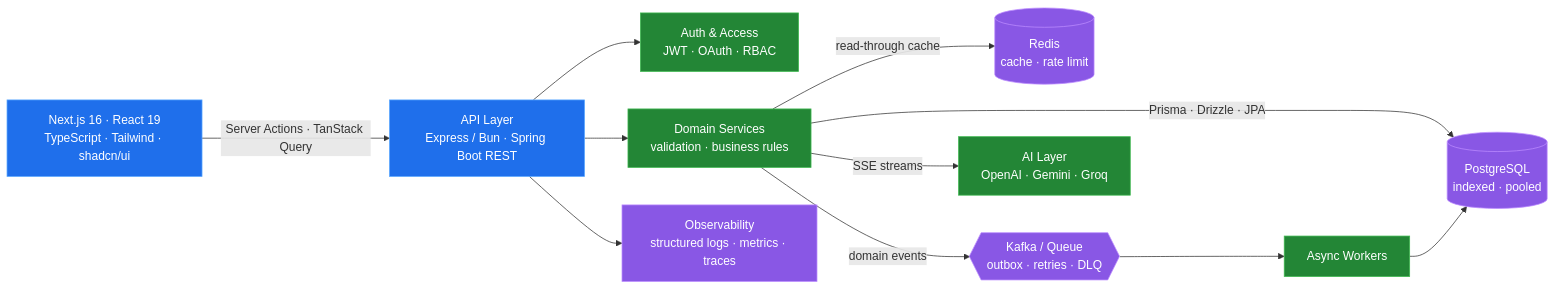
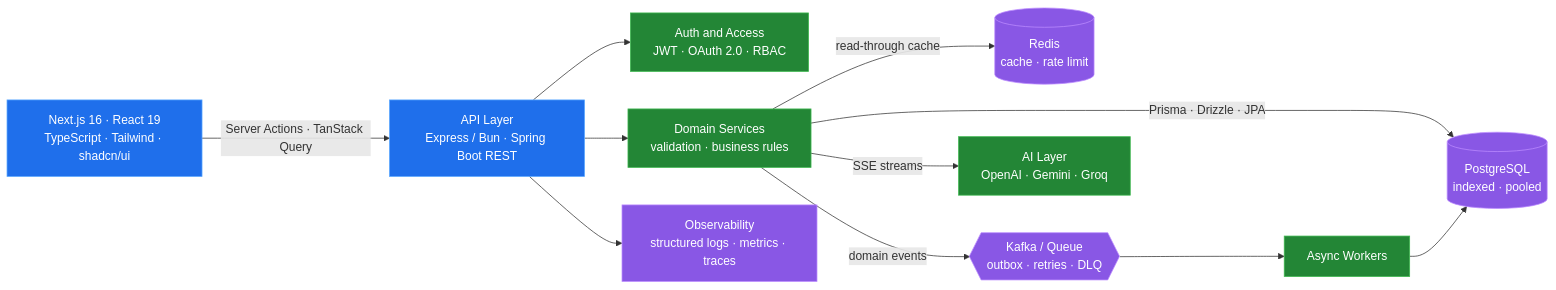
One commit to swadesh-231/swadesh-231 changed the first of 3 diagrams in README.md. Above: the diagram before and after it, drawn with Mermaid. The commit also changed other lines of this file, not shown here.

````diff
--- a/README.md
+++ b/README.md
@@ -72,24 +69,24 @@
 ```mermaid
 flowchart LR
     UI["Next.js 16 · React 19<br/>TypeScript · Tailwind · shadcn/ui"]
     UI -->|"Server Actions · TanStack Query"| API["API Layer<br/>Express / Bun · Spring Boot REST"]
 
-    API --> AUTH["Auth &amp; Access<br/>JWT · OAuth · RBAC"]
+    API --> AUTH["Auth and Access<br/>JWT · OAuth 2.0 · RBAC"]
     API --> SVC["Domain Services<br/>validation · business rules"]
 
     SVC -->|"Prisma · Drizzle · JPA"| PG[("PostgreSQL<br/>indexed · pooled")]
     SVC -->|"read-through cache"| RD[("Redis<br/>cache · rate limit")]
     SVC -->|"domain events"| K{{"Kafka / Queue<br/>outbox · retries · DLQ"}}
     SVC -->|"SSE streams"| AI["AI Layer<br/>OpenAI · Gemini · Groq"]
 
     K --> WRK["Async Workers"]
     WRK --> PG
     API --> OBS["Observability<br/>structured logs · metrics · traces"]
 
-    classDef edge fill:#1f6feb,stroke:#58a6ff,color:#fff
-    classDef core fill:#238636,stroke:#3fb950,color:#fff
-    classDef data fill:#8957e5,stroke:#bc8cff,color:#fff
+    classDef edge fill:#1F6FEB,stroke:#58A6FF,color:#fff
+    classDef core fill:#238636,stroke:#3FB950,color:#fff
+    classDef data fill:#8957E5,stroke:#BC8CFF,color:#fff
     class UI,API edge
     class AUTH,SVC,WRK,AI core
     class PG,RD,K,OBS data
 ```
````
